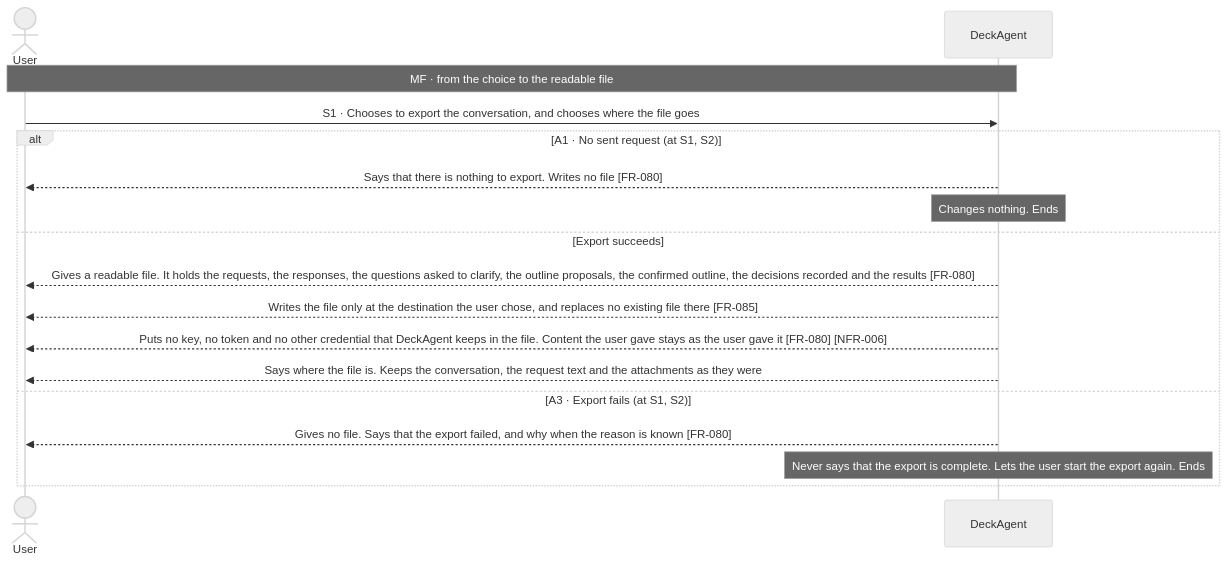
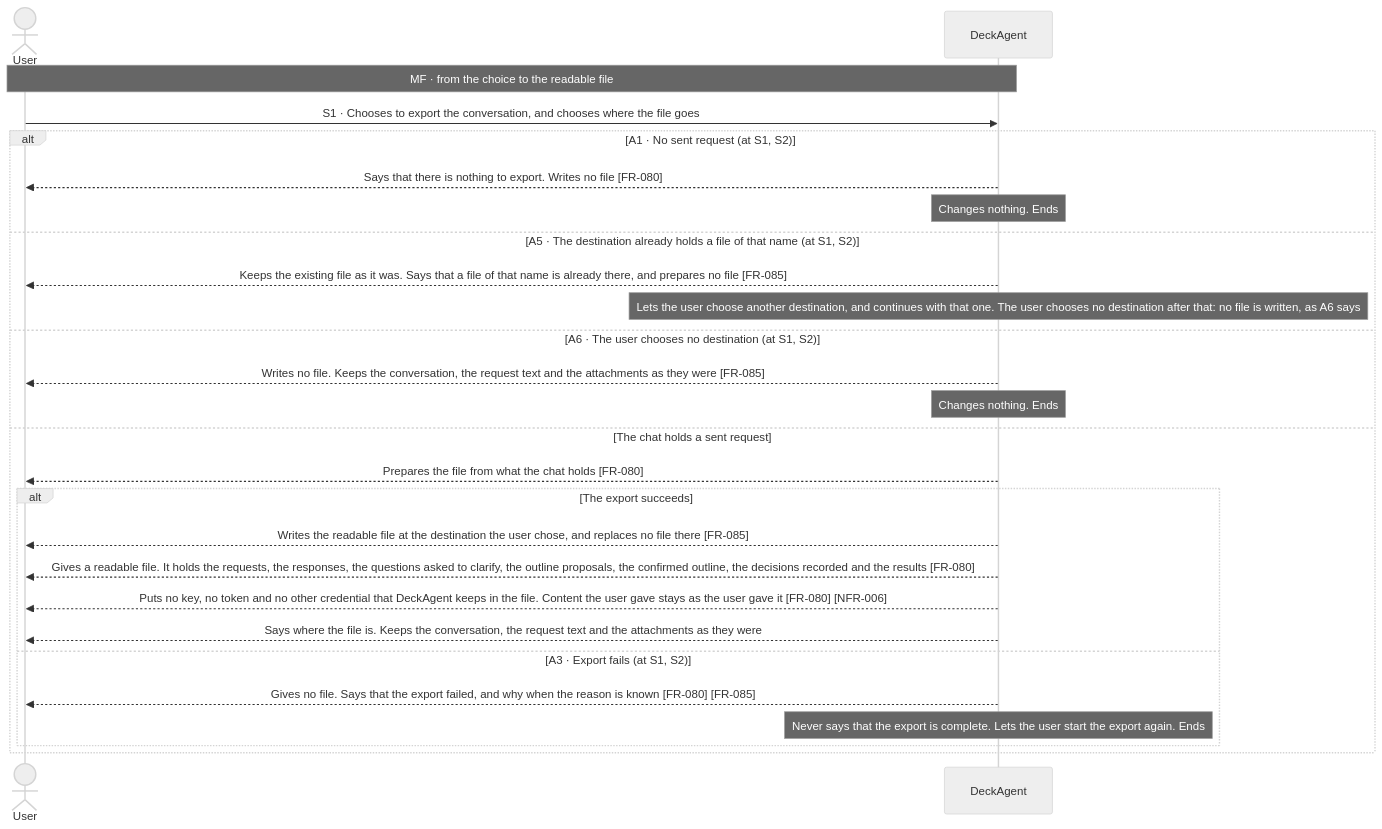
Before and after one commit to Luke23127006/DeckAgent: the first of 2 diagrams in docs/spec/03-use-cases/UC-016.md, drawn with Mermaid (neutral theme). The commit also changed other lines of this file and 13 other files, not shown here.

First line of the commit message:
docs(spec): fix removal, re-link, ungrouped-chat, save and export inconsistencies

````diff
--- a/docs/spec/03-use-cases/UC-016.md
+++ b/docs/spec/03-use-cases/UC-016.md
@@ -41,19 +41,28 @@
 ```mermaid
 sequenceDiagram
     actor User
     participant DeckAgent
     Note over User,DeckAgent: MF · from the choice to the readable file
     User->>DeckAgent: S1 · Chooses to export the conversation, and chooses where the file goes
     alt A1 · No sent request (at S1, S2)
         DeckAgent-->>User: Says that there is nothing to export. Writes no file [FR-080]
         note over DeckAgent: Changes nothing. Ends
-    else Export succeeds
-        DeckAgent-->>User: Gives a readable file. It holds the requests, the responses, the questions asked to clarify, the outline proposals, the confirmed outline, the decisions recorded and the results [FR-080]
-        DeckAgent-->>User: Writes the file only at the destination the user chose, and replaces no existing file there [FR-085]
-        DeckAgent-->>User: Puts no key, no token and no other credential that DeckAgent keeps in the file. Content the user gave stays as the user gave it [FR-080] [NFR-006]
-        DeckAgent-->>User: Says where the file is. Keeps the conversation, the request text and the attachments as they were
-    else A3 · Export fails (at S1, S2)
-        DeckAgent-->>User: Gives no file. Says that the export failed, and why when the reason is known [FR-080]
-        note over DeckAgent: Never says that the export is complete. Lets the user start the export again. Ends
+    else A5 · The destination already holds a file of that name (at S1, S2)
+        DeckAgent-->>User: Keeps the existing file as it was. Says that a file of that name is already there, and prepares no file [FR-085]
+        note over DeckAgent: Lets the user choose another destination, and continues with that one. The user chooses no destination after that: no file is written, as A6 says
+    else A6 · The user chooses no destination (at S1, S2)
+        DeckAgent-->>User: Writes no file. Keeps the conversation, the request text and the attachments as they were [FR-085]
+        note over DeckAgent: Changes nothing. Ends
+    else The chat holds a sent request
+        DeckAgent-->>User: Prepares the file from what the chat holds [FR-080]
+        alt The export succeeds
+            DeckAgent-->>User: Writes the readable file at the destination the user chose, and replaces no file there [FR-085]
+            DeckAgent-->>User: Gives a readable file. It holds the requests, the responses, the questions asked to clarify, the outline proposals, the confirmed outline, the decisions recorded and the results [FR-080]
+            DeckAgent-->>User: Puts no key, no token and no other credential that DeckAgent keeps in the file. Content the user gave stays as the user gave it [FR-080] [NFR-006]
+            DeckAgent-->>User: Says where the file is. Keeps the conversation, the request text and the attachments as they were
+        else A3 · Export fails (at S1, S2)
+            DeckAgent-->>User: Gives no file. Says that the export failed, and why when the reason is known [FR-080] [FR-085]
+            note over DeckAgent: Never says that the export is complete. Lets the user start the export again. Ends
+        end
     end
 ```
````
